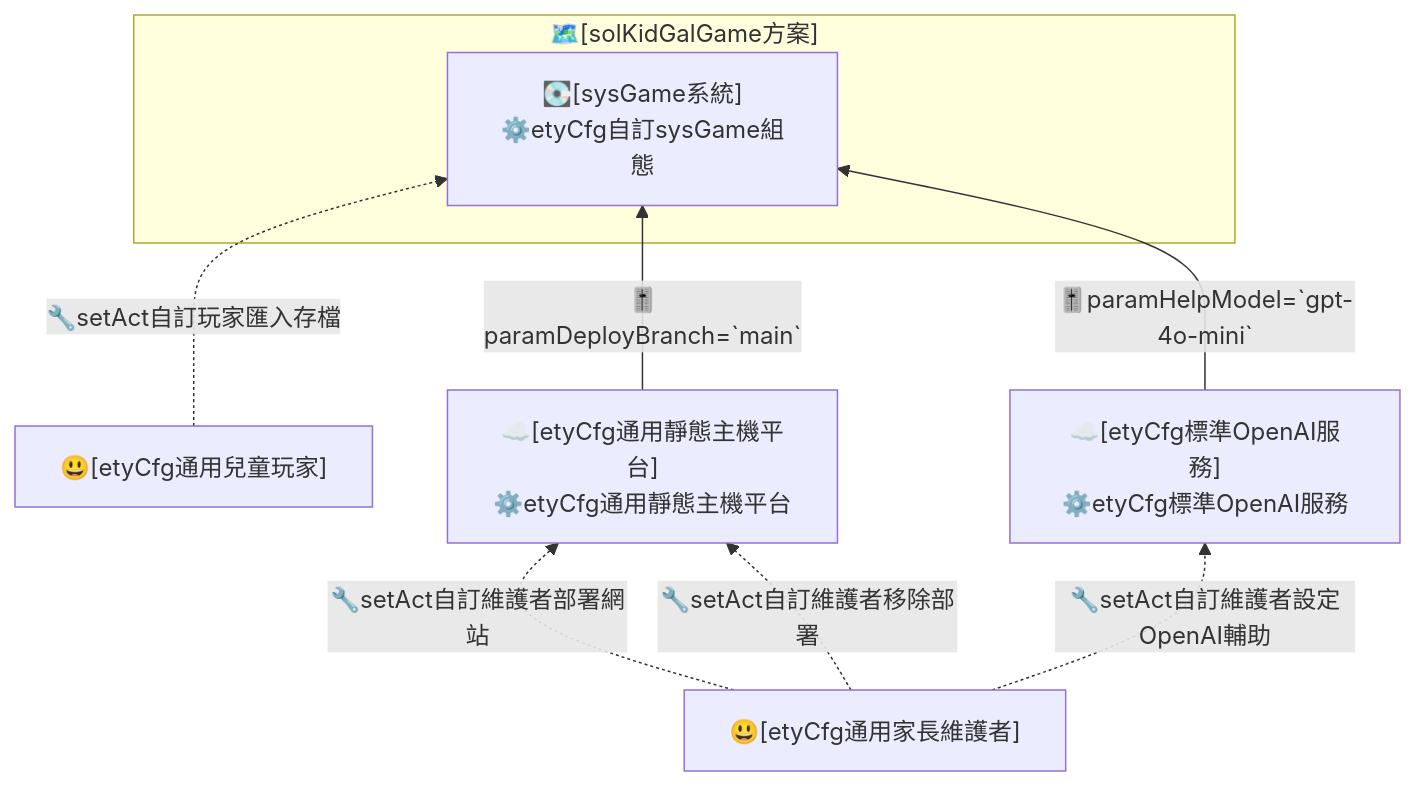
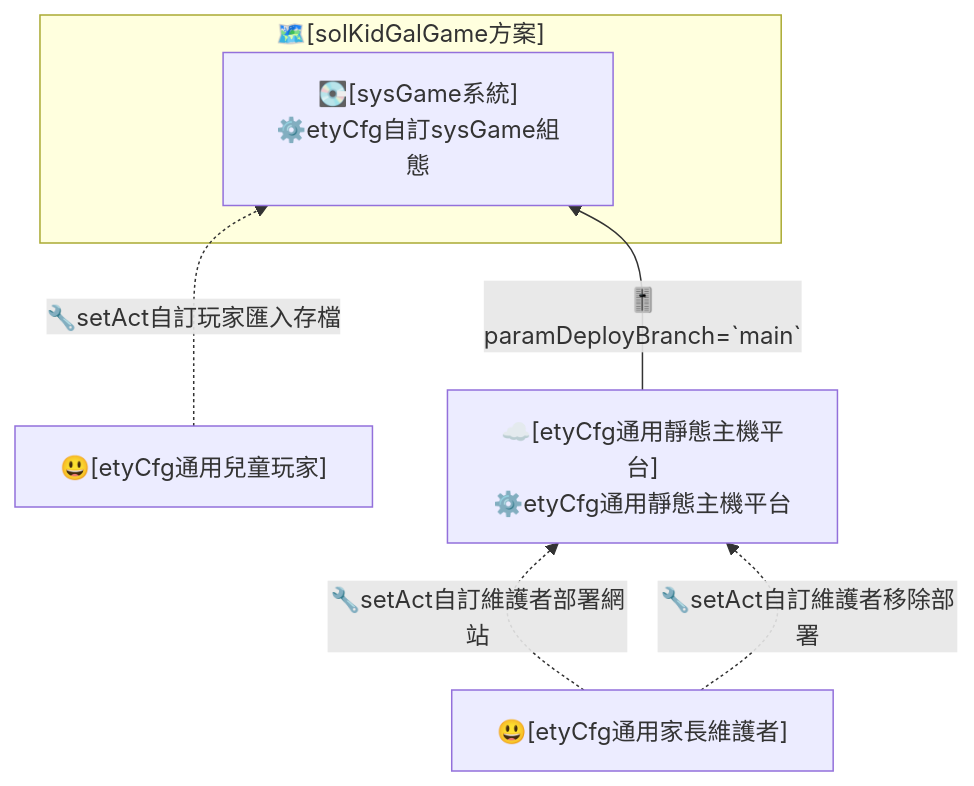
The second of 5 diagrams in docs/design.md (twStellerWhale-Ocean2/solKidGalGame1), drawn with Mermaid before and after one commit. The commit also changed other lines of this file and 14 other files, not shown here.

````diff
--- a/docs/design.md
+++ b/docs/design.md
@@ -51,22 +49,18 @@
 ```mermaid
 flowchart BT
 
 USR["😃[etyCfg通用兒童玩家]"]
 ADM["😃[etyCfg通用家長維護者]"]
 HOST["☁️[etyCfg通用靜態主機平台]
 ⚙️etyCfg通用靜態主機平台"]
-OPENAI["☁️[etyCfg標準OpenAI服務]
-⚙️etyCfg標準OpenAI服務"]
 
 subgraph SOL["🗺️[solKidGalGame方案]"]
   SYS["💽[sysGame系統]
 ⚙️etyCfg自訂sysGame組態"]
 end
 
 ADM -.->|"🔧setAct自訂維護者部署網站"| HOST
 ADM -.->|"🔧setAct自訂維護者移除部署"| HOST
-ADM -.->|"🔧setAct自訂維護者設定OpenAI輔助"| OPENAI
 USR -.->|"🔧setAct自訂玩家匯入存檔"| SYS
 HOST -->|"🎚️paramDeployBranch=`main`"| SYS
-OPENAI -->|"🎚️paramHelpModel=`gpt-4o-mini`"| SYS
 ```
````
